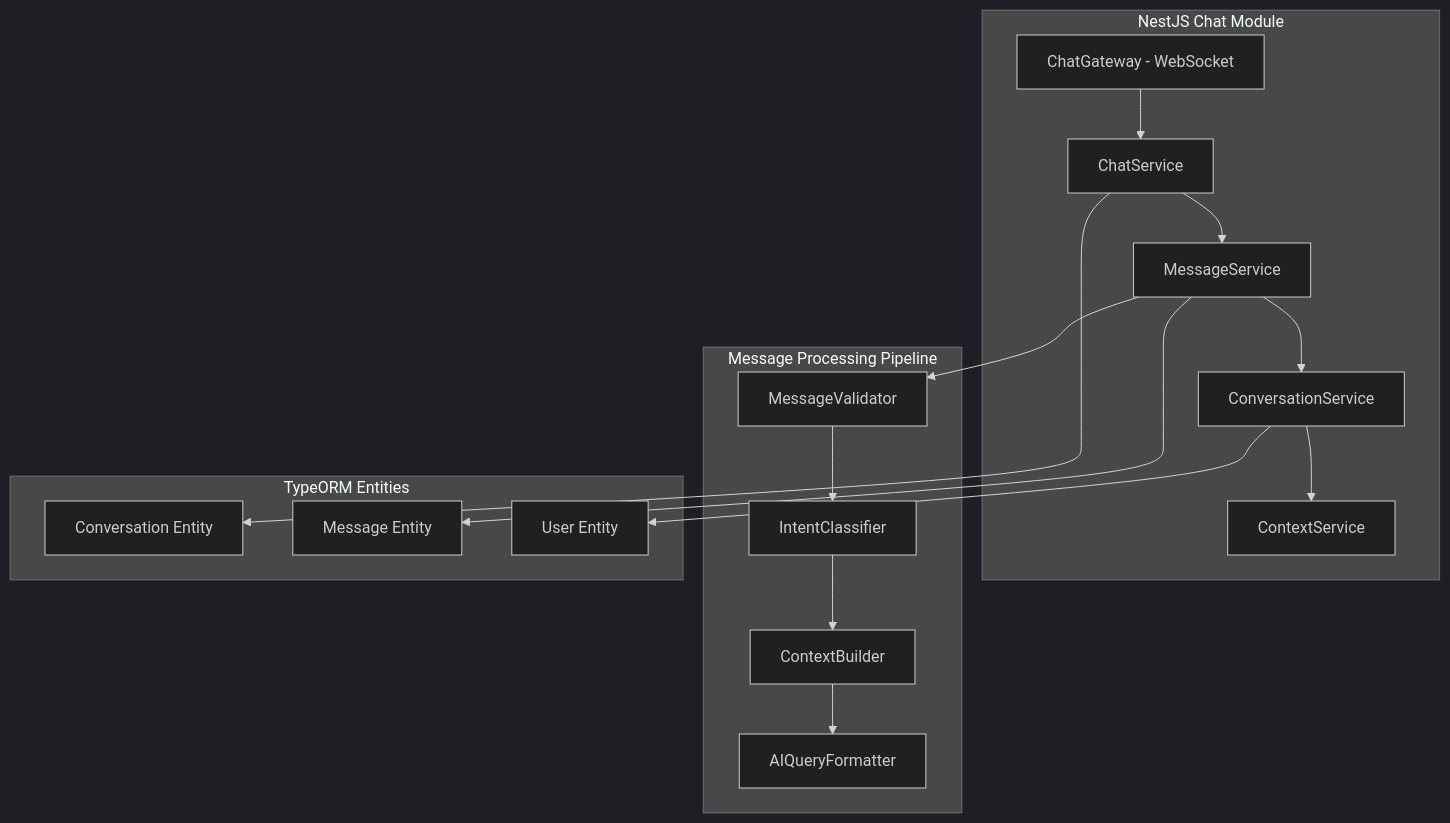
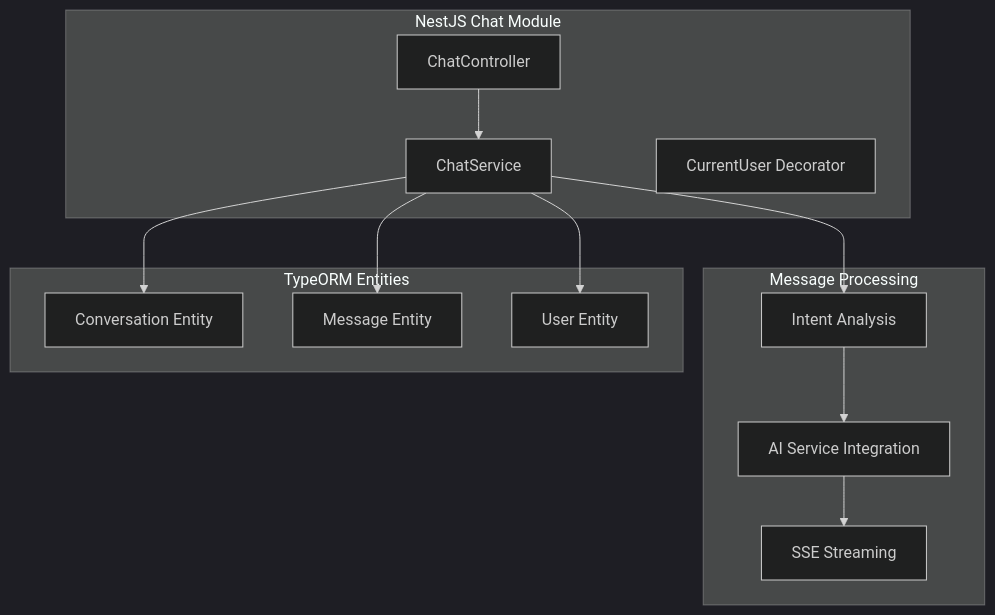
The third of 8 diagrams in docs/system-design.md (sakibrahmanchy/markopolo-ai-fullstack-challenge), drawn with Mermaid (dark theme) before and after one commit. The commit also changed other lines of this file and 18 other files, not shown here.

````diff
--- a/docs/system-design.md
+++ b/docs/system-design.md
@@ -152,35 +160,28 @@
 ```mermaid
 graph TB
     subgraph "NestJS Chat Module"
-        A[ChatGateway - WebSocket]
+        A[ChatController]
         B[ChatService]
-        C[MessageService]
-        D[ConversationService]
-        E[ContextService]
+        C[CurrentUser Decorator]
     end
     
-    subgraph "Message Processing Pipeline"
-        F[MessageValidator]
-        G[IntentClassifier]
-        H[ContextBuilder]
-        I[AIQueryFormatter]
+    subgraph "Message Processing"
+        D[Intent Analysis]
+        E[AI Service Integration]
+        F[SSE Streaming]
     end
     
     subgraph "TypeORM Entities"
-        J[Conversation Entity]
-        K[Message Entity]
-        L[User Entity]
+        G[Conversation Entity]
+        H[Message Entity]
+        I[User Entity]
     end
     
     A --> B
-    B --> C
-    C --> D
+    B --> D
     D --> E
-    C --> F
-    F --> G
-    G --> H
-    H --> I
-    B --> J
-    C --> K
-    D --> L
+    E --> F
+    B --> G
+    B --> H
+    B --> I
 ```
````
